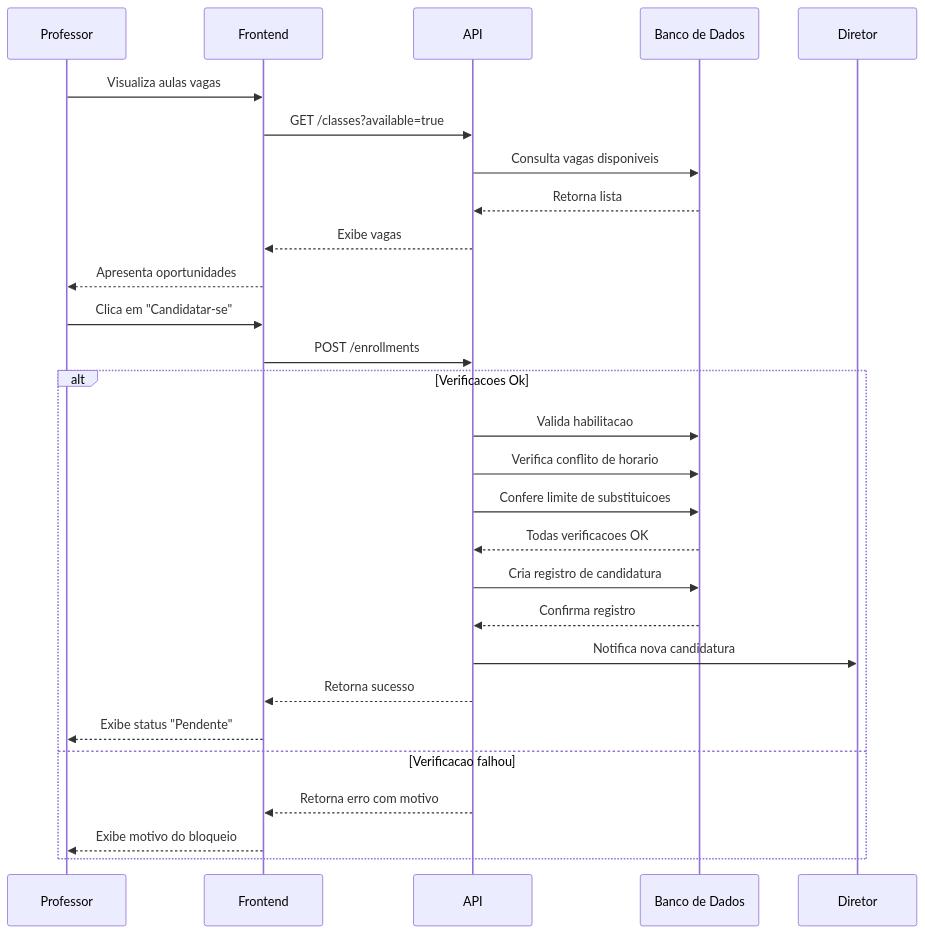
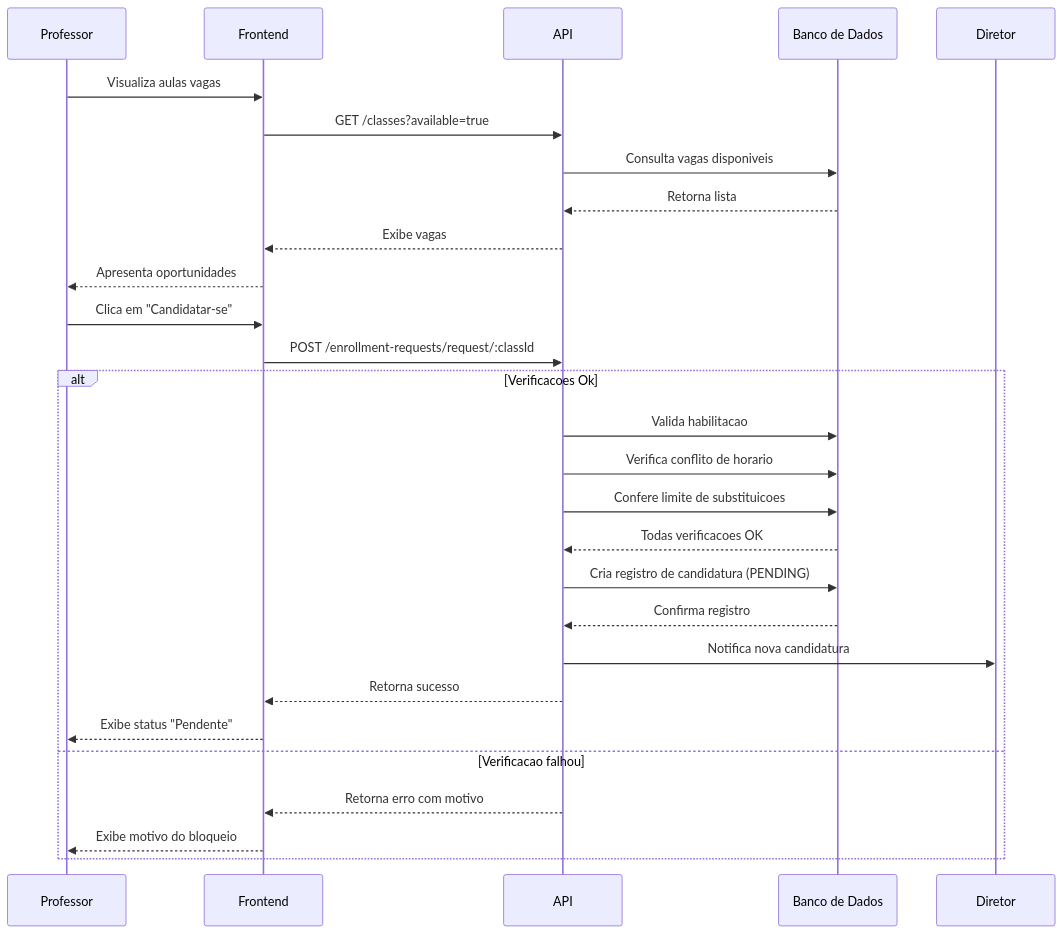
Before and after one commit to TROCA-AULA/troca-aula-backend: the eighth of 9 diagrams in docs/01-visao-geral.md, drawn with Mermaid. The commit also changed other lines of this file and 9 other files, not shown here.

````diff
--- a/docs/01-visao-geral.md
+++ b/docs/01-visao-geral.md
@@ -279,33 +279,33 @@
 ```mermaid
 sequenceDiagram
     participant P as Professor
     participant FE as Frontend
     participant API as API
     participant DB as Banco de Dados
     participant D as Diretor
     
     P->>FE: Visualiza aulas vagas
     FE->>API: GET /classes?available=true
     API->>DB: Consulta vagas disponiveis
     DB-->>API: Retorna lista
     API-->>FE: Exibe vagas
     FE-->>P: Apresenta oportunidades
     
     P->>FE: Clica em "Candidatar-se"
-    FE->>API: POST /enrollments
+    FE->>API: POST /enrollment-requests/request/:classId
     
     alt Verificacoes Ok
         API->>DB: Valida habilitacao
         API->>DB: Verifica conflito de horario
         API->>DB: Confere limite de substituicoes
         DB-->>API: Todas verificacoes OK
-        API->>DB: Cria registro de candidatura
+        API->>DB: Cria registro de candidatura (PENDING)
         DB-->>API: Confirma registro
         API->>D: Notifica nova candidatura
         API-->>FE: Retorna sucesso
         FE-->>P: Exibe status "Pendente"
     else Verificacao falhou
         API-->>FE: Retorna erro com motivo
         FE-->>P: Exibe motivo do bloqueio
     end
 ```
````
